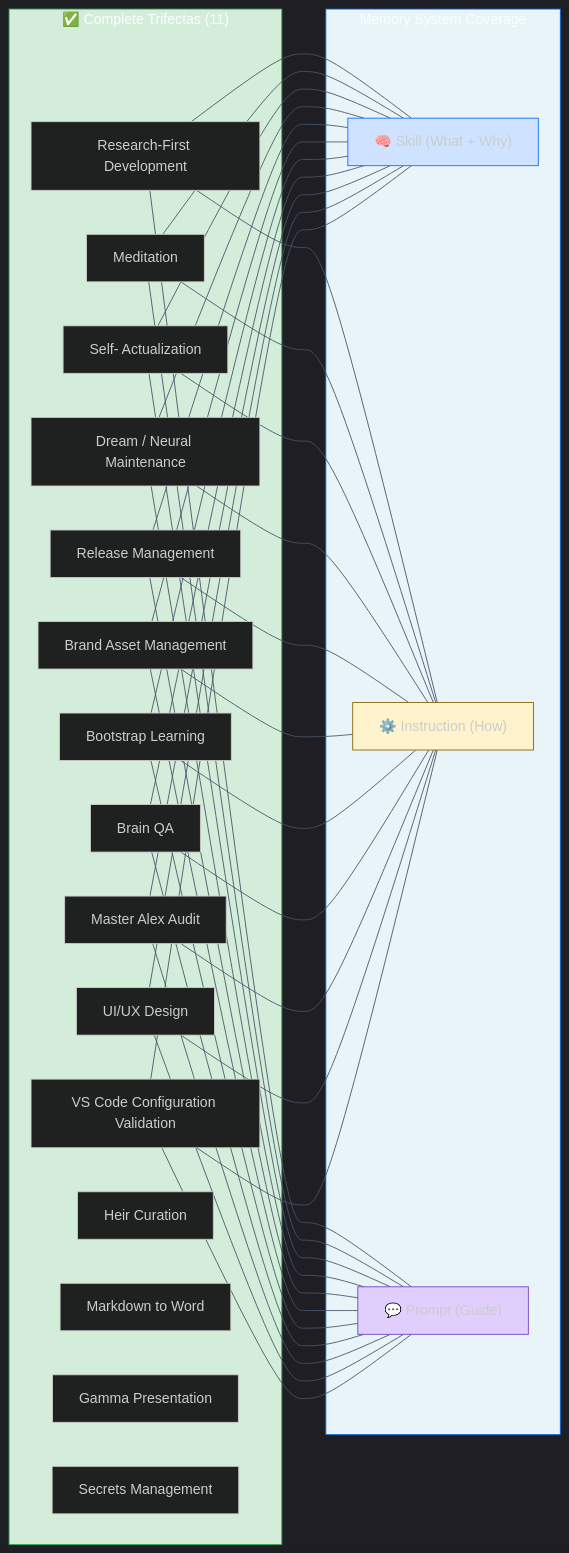
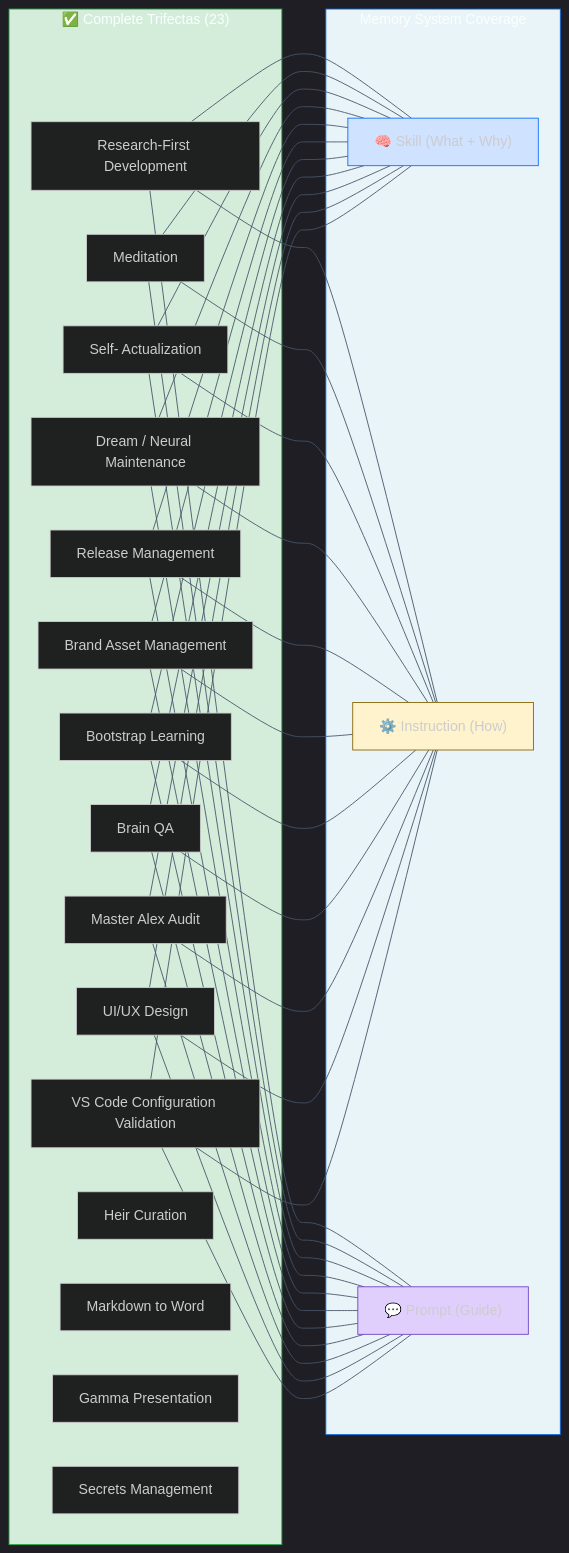
One commit to fabioc-aloha/Alex_Plug_In changed the diagram in alex_docs/architecture/TRIFECTA-CATALOG.md. Above: the diagram before and after it, drawn with Mermaid. The commit also changed other lines of this file and 7 other files, not shown here.

````diff
--- a/alex_docs/architecture/TRIFECTA-CATALOG.md
+++ b/alex_docs/architecture/TRIFECTA-CATALOG.md
@@ -283,45 +383,45 @@
 ```mermaid
 %%{init: {'theme': 'dark', 'themeVariables': {'background': '#0f172a', 'primaryColor': '#1e293b', 'primaryTextColor': '#f1f5f9', 'primaryBorderColor': '#818cf8', 'lineColor': '#475569', 'secondaryColor': '#1e293b', 'secondaryBorderColor': '#2dd4bf', 'tertiaryColor': '#1e293b', 'fontFamily': 'Segoe UI, system-ui, sans-serif'}}}%%
 flowchart LR
-    subgraph COMPLETE["✅ Complete Trifectas (11)"]
+    subgraph COMPLETE["✅ Complete Trifectas (23)"]
         RFD["Research-First Development"]
         MED["Meditation"]
         SA["Self- Actualization"]
         DS["Dream / Neural Maintenance"]
         REL["Release Management"]
         BAM["Brand Asset Management"]
         BL["Bootstrap Learning"]
         BQA["Brain QA"]
         MAA["Master Alex Audit"]
         UIUX["UI/UX Design"]
         VSCC["VS Code Configuration Validation"]
         HC["Heir Curation"]
         MD2W["Markdown to Word"]
         GAMMA["Gamma Presentation"]
         SEC["Secrets Management"]
     end
 
     subgraph LAYERS["Memory System Coverage"]
         SK["🧠 Skill (What + Why)"]
         INS["⚙️ Instruction (How)"]
         PR["💬 Prompt (Guide)"]
     end
 
     RFD --- SK & INS & PR
     MED --- SK & INS & PR
     SA --- SK & INS & PR
     DS --- SK & INS & PR
     REL --- SK & INS & PR
     BAM --- SK & INS & PR
     BL --- SK & INS & PR
     BQA --- SK & INS & PR
     MAA --- SK & INS & PR
     UIUX --- SK & INS & PR
     VSCC --- SK & INS & PR
 
     style COMPLETE fill:#d4edda,stroke:#28a745
     style LAYERS fill:#e8f4f8,stroke:#0969da
     style SK fill:#cfe2ff,stroke:#0d6efd
     style INS fill:#fff3cd,stroke:#856404
     style PR fill:#e0cffc,stroke:#6f42c1
 ```
````
